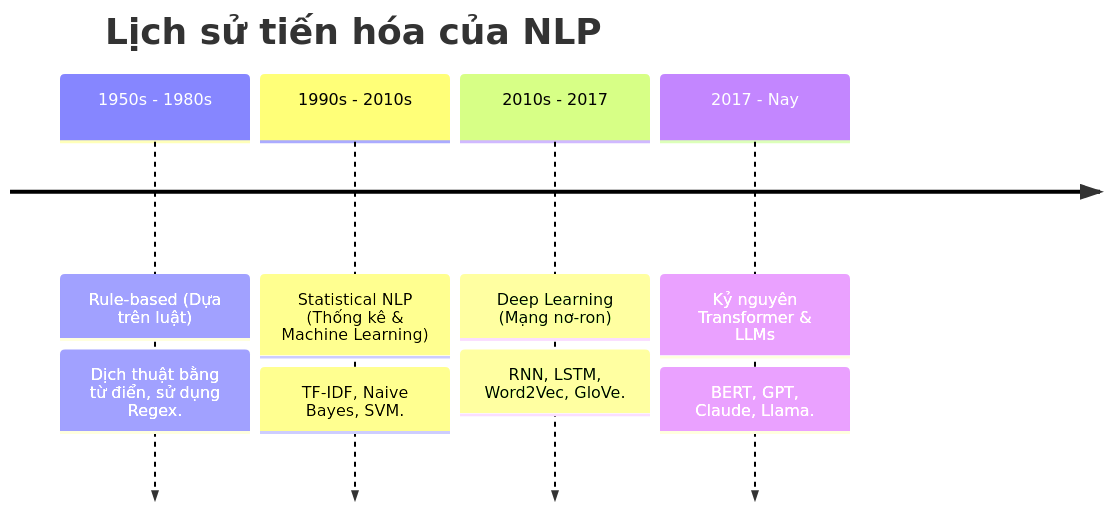
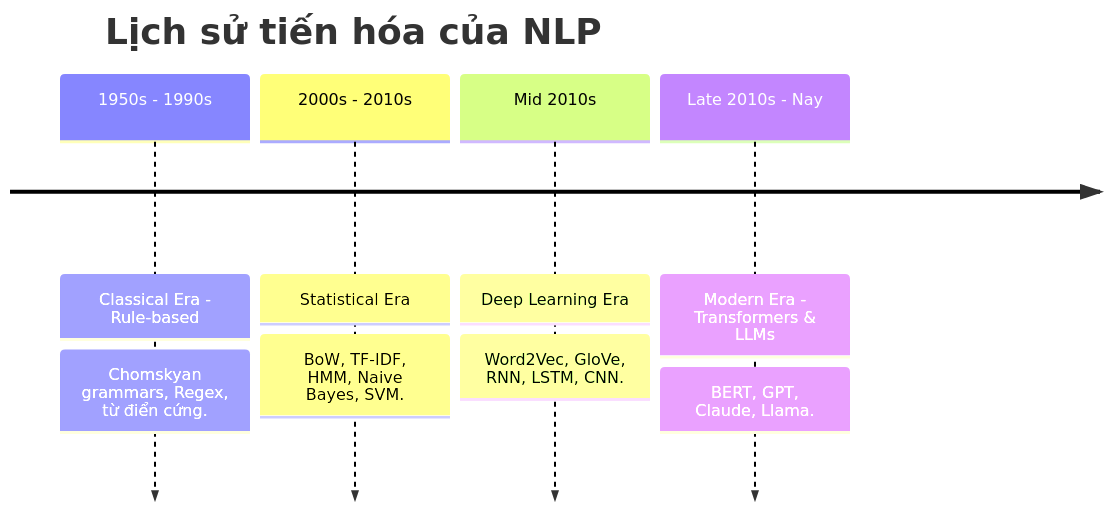
Before and after one commit to vuanhtu1993/vuanhtu1993.github.io: the first of 3 diagrams in docs/nlp-ai/01-nlp-fundamentals.md, drawn with Mermaid. The commit also changed other lines of this file and 7 other files, not shown here.

````diff
--- a/docs/nlp-ai/01-nlp-fundamentals.md
+++ b/docs/nlp-ai/01-nlp-fundamentals.md
@@ -40,12 +40,12 @@
 ```mermaid
 timeline
     title Lịch sử tiến hóa của NLP
-    1950s - 1980s : Rule-based (Dựa trên luật)
-                  : Dịch thuật bằng từ điển, sử dụng Regex.
-    1990s - 2010s : Statistical NLP (Thống kê & Machine Learning)
-                  : TF-IDF, Naive Bayes, SVM.
-    2010s - 2017 : Deep Learning (Mạng nơ-ron)
-                 : RNN, LSTM, Word2Vec, GloVe.
-    2017 - Nay : Kỷ nguyên Transformer & LLMs
-               : BERT, GPT, Claude, Llama.
+    1950s - 1990s : Classical Era - Rule-based
+                 : Chomskyan grammars, Regex, từ điển cứng.
+    2000s - 2010s : Statistical Era
+                 : BoW, TF-IDF, HMM, Naive Bayes, SVM.
+    Mid 2010s : Deep Learning Era
+              : Word2Vec, GloVe, RNN, LSTM, CNN.
+    Late 2010s - Nay : Modern Era - Transformers & LLMs
+                     : BERT, GPT, Claude, Llama.
 ```
````
